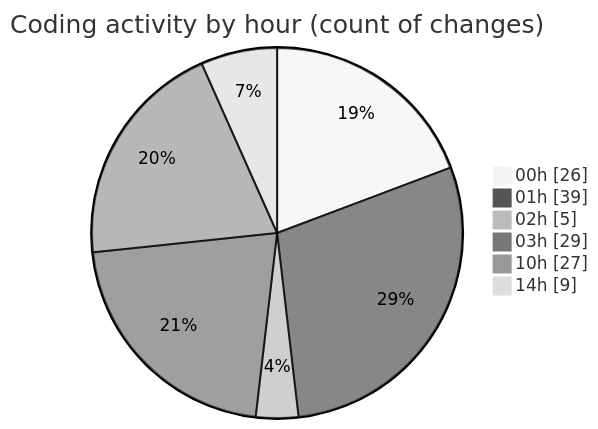
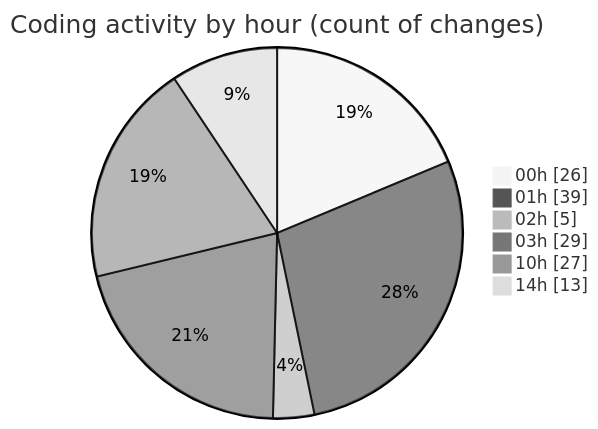
One commit to lephambinh05/code-tracking changed the second of 2 diagrams in 2025-08-17/rentotp/README.md. Above: the diagram before and after it, drawn with Mermaid (neutral theme). The commit also changed other lines of this file and 1 other file, not shown here.

````diff
--- a/2025-08-17/rentotp/README.md
+++ b/2025-08-17/rentotp/README.md
@@ -66,10 +67,10 @@
 ```mermaid
 pie showData
 title Coding activity by hour (count of changes)
 "00h" : 26
 "01h" : 39
 "02h" : 5
 "03h" : 29
 "10h" : 27
-"14h" : 9
+"14h" : 13
 ```
````
